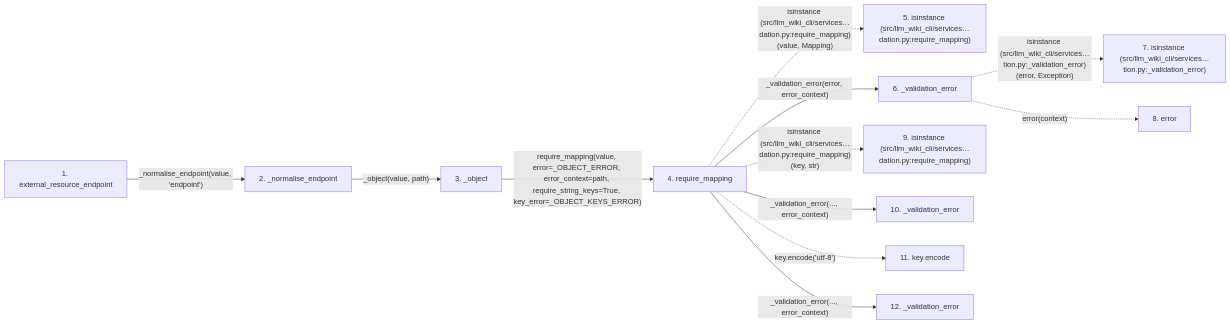
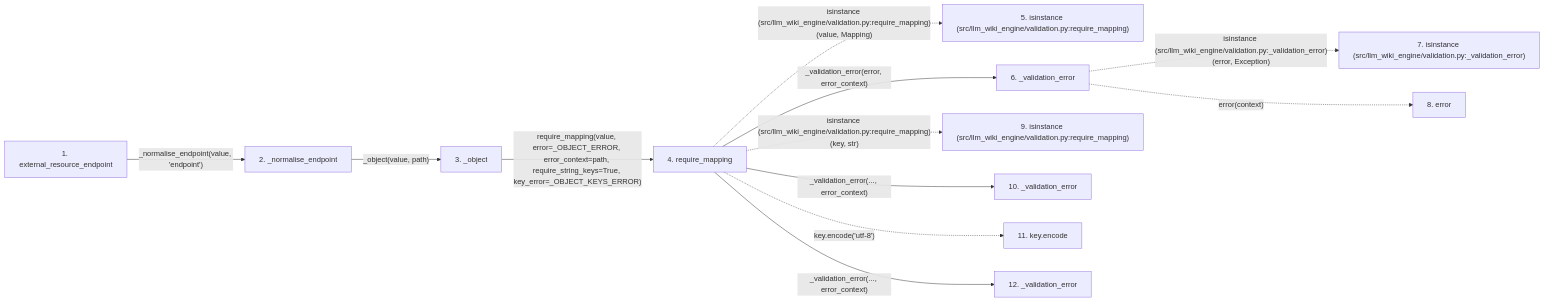
The second of 2 diagrams in docs/llm_wiki/flows/api-external_resource_endpoint.md (Denissvgn/python-wiki-llm), drawn with Mermaid before and after one commit. The commit also changed other lines of this file and 1103 other files, not shown here.

First line of the commit message:
docs: refresh the wiki for the llm-wiki-engine distribution

````diff
--- a/docs/llm_wiki/flows/api-external_resource_endpoint.md
+++ b/docs/llm_wiki/flows/api-external_resource_endpoint.md
@@ -137,33 +137,33 @@
 ```mermaid
 flowchart LR
     s1["1. external_resource_endpoint"]
     s2["2. _normalise_endpoint"]
     s3["3. _object"]
     s4["4. require_mapping"]
-    s5["5. isinstance (src/llm_wiki_cli/services…dation.py:require_mapping)"]
+    s5["5. isinstance (src/llm_wiki_engine/validation.py:require_mapping)"]
     s6["6. _validation_error"]
-    s7["7. isinstance (src/llm_wiki_cli/services…tion.py:_validation_error)"]
+    s7["7. isinstance (src/llm_wiki_engine/validation.py:_validation_error)"]
     s8["8. error"]
-    s9["9. isinstance (src/llm_wiki_cli/services…dation.py:require_mapping)"]
+    s9["9. isinstance (src/llm_wiki_engine/validation.py:require_mapping)"]
     s10["10. _validation_error"]
     s11["11. key.encode"]
     s12["12. _validation_error"]
     s1 -->|"_normalise_endpoint(value, 'endpoint')"| s2
     s2 -->|"_object(value, path)"| s3
     s3 -->|"require_mapping(value, error=_OBJECT_ERROR, error_context=path, require_string_keys=True, key_error=_OBJECT_KEYS_ERROR)"| s4
-    s4 -. "isinstance (src/llm_wiki_cli/services…dation.py:require_mapping)(value, Mapping)" .-> s5
+    s4 -. "isinstance (src/llm_wiki_engine/validation.py:require_mapping)(value, Mapping)" .-> s5
     s4 -->|"_validation_error(error, error_context)"| s6
-    s6 -. "isinstance (src/llm_wiki_cli/services…tion.py:_validation_error)(error, Exception)" .-> s7
+    s6 -. "isinstance (src/llm_wiki_engine/validation.py:_validation_error)(error, Exception)" .-> s7
     s6 -. "error(context)" .-> s8
-    s4 -. "isinstance (src/llm_wiki_cli/services…dation.py:require_mapping)(key, str)" .-> s9
+    s4 -. "isinstance (src/llm_wiki_engine/validation.py:require_mapping)(key, str)" .-> s9
     s4 -->|"_validation_error(..., error_context)"| s10
     s4 -. "key.encode('utf-8')" .-> s11
     s4 -->|"_validation_error(..., error_context)"| s12
     click s1 "../modules/knowledge_graph.md"
     click s2 "../modules/knowledge_graph.md"
     click s3 "../modules/knowledge_graph.md"
     click s4 "../modules/validation.md"
     click s6 "../modules/validation.md"
     click s10 "../modules/validation.md"
     click s12 "../modules/validation.md"
 ```
````
